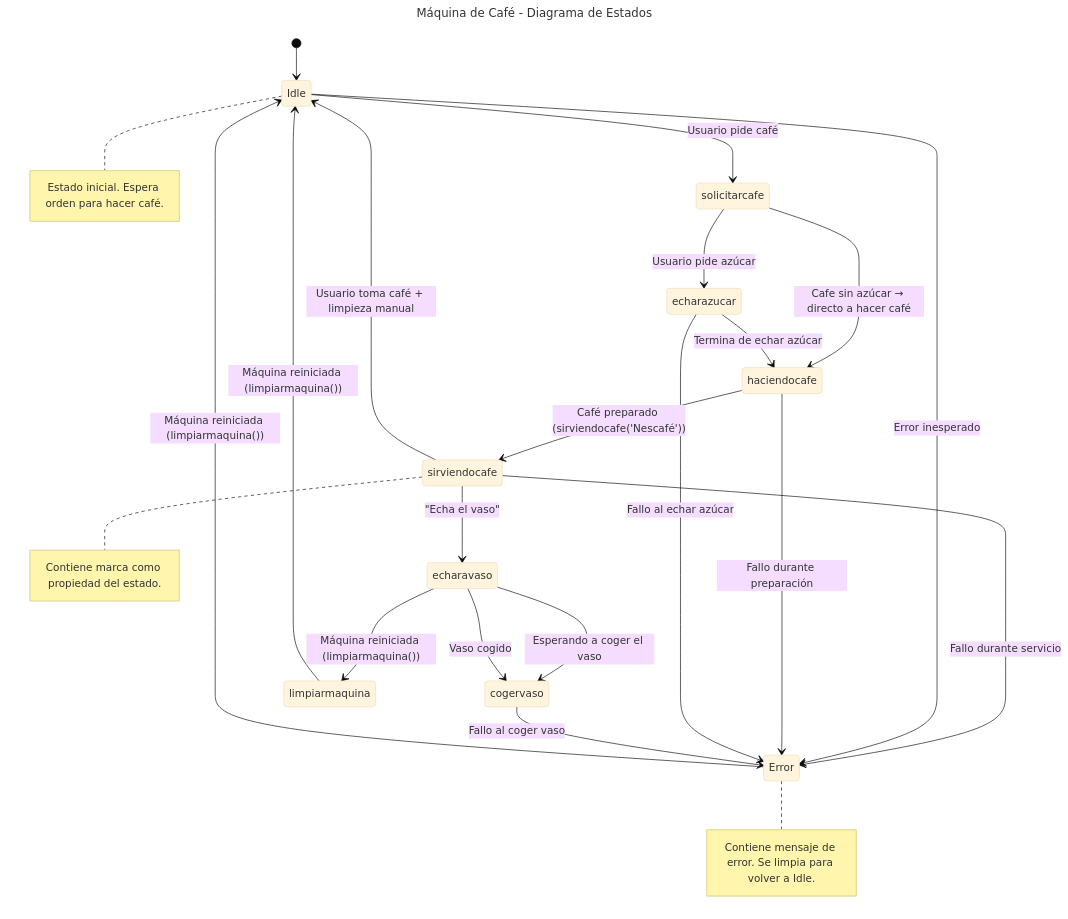
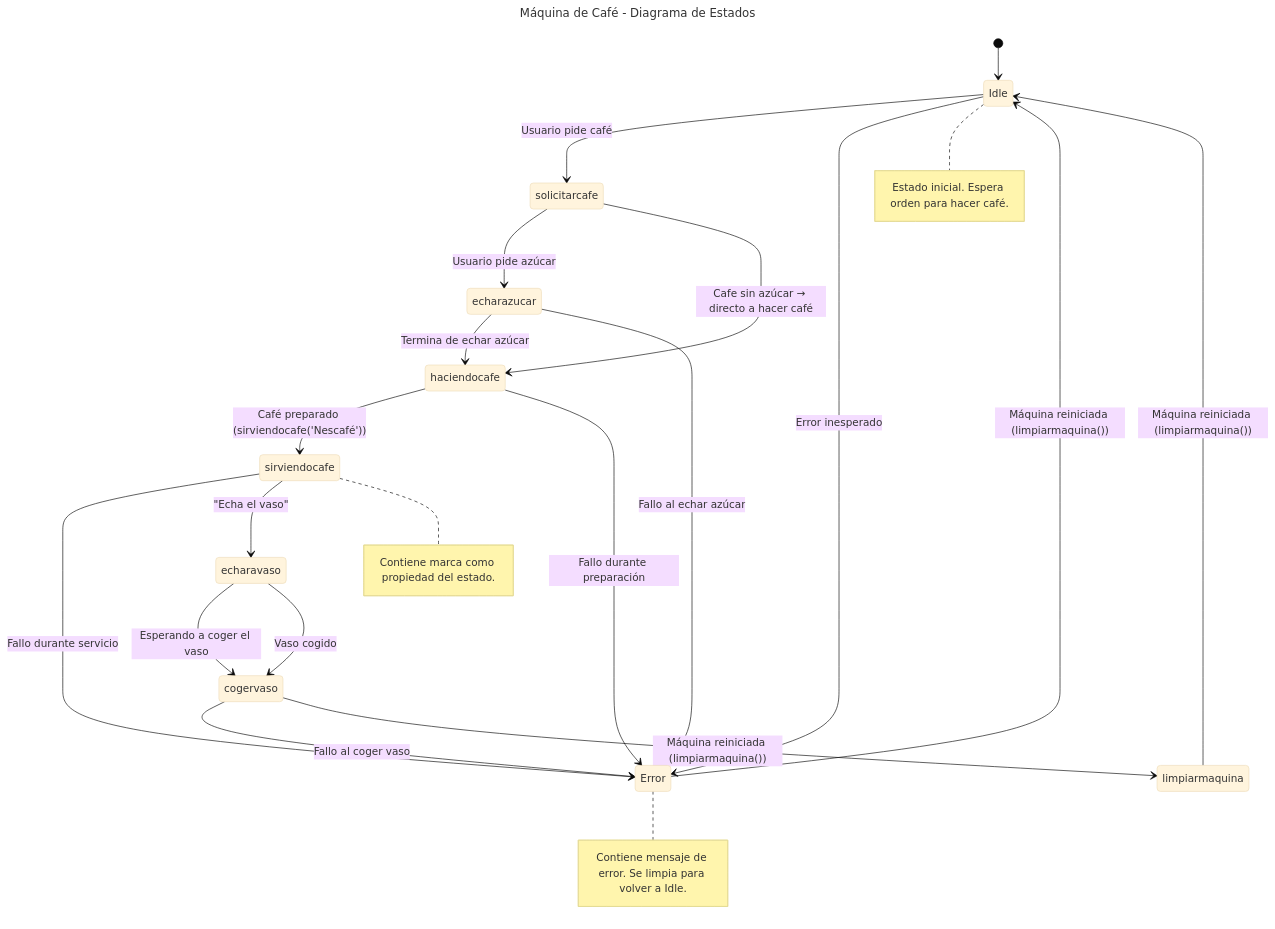
One commit to shermidagre/PMDM changed the diagram in 1trabajo/src/diagrama.mmd. Above: the diagram before and after it, drawn with Mermaid (base theme).

Commit message:
actu diagrama.mmd

```diff
--- a/1trabajo/src/diagrama.mmd
+++ b/1trabajo/src/diagrama.mmd
@@ -1,25 +1,24 @@
 ---
 title: Máquina de Café - Diagrama de Estados
 ---
 stateDiagram-v2
 [*] --> Idle
 Idle --> solicitarcafe: Usuario pide café
 solicitarcafe --> echarazucar: Usuario pide azúcar
 solicitarcafe --> haciendocafe: Cafe sin azúcar → directo a hacer café
 echarazucar --> haciendocafe: Termina de echar azúcar
 haciendocafe --> sirviendocafe: Café preparado (sirviendocafe('Nescafé'))
-sirviendocafe --> Idle: Usuario toma café + limpieza manual
 sirviendocafe --> Error: Fallo durante servicio
 Idle --> Error: Error inesperado
 haciendocafe --> Error: Fallo durante preparación
 echarazucar --> Error: Fallo al echar azúcar
 sirviendocafe --> echaravaso: "Echa el vaso"
 echaravaso --> cogervaso: Esperando a coger el vaso
 cogervaso --> Error: Fallo al coger vaso
 echaravaso --> cogervaso: Vaso cogido
-echaravaso --> limpiarmaquina: Máquina reiniciada (limpiarmaquina())
+cogervaso --> limpiarmaquina: Máquina reiniciada (limpiarmaquina())
 limpiarmaquina --> Idle: Máquina reiniciada (limpiarmaquina())
 Error --> Idle: Máquina reiniciada (limpiarmaquina())
 note right of Idle: Estado inicial. Espera orden para hacer café.
 note right of sirviendocafe: Contiene marca como propiedad del estado.
 note right of Error: Contiene mensaje de error. Se limpia para volver a Idle.
```
